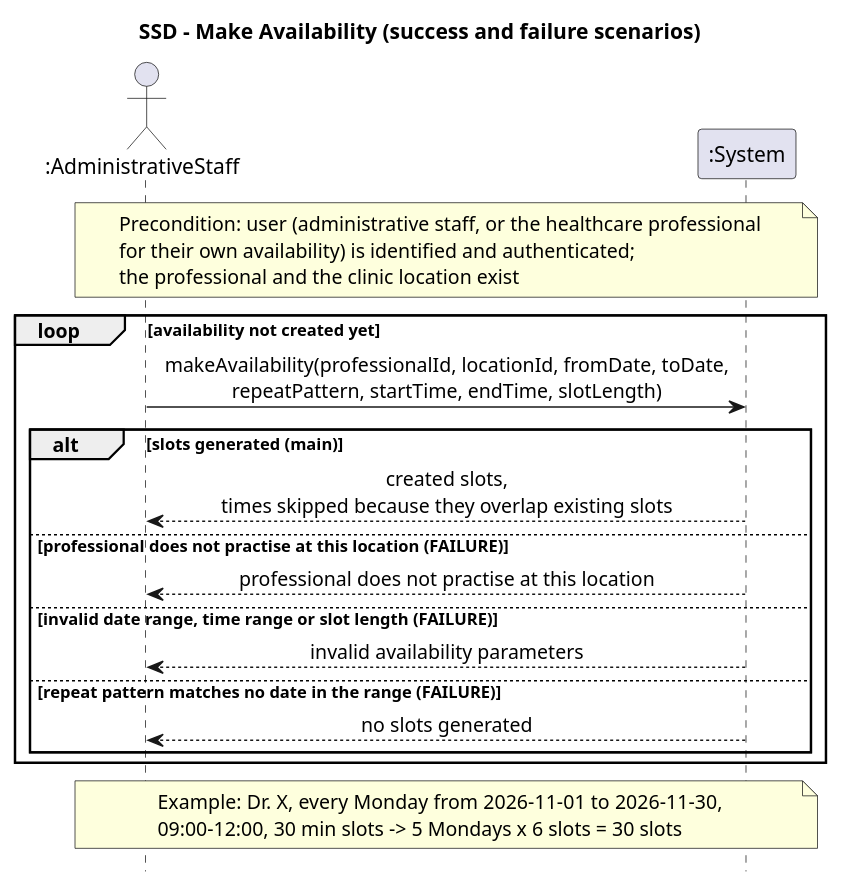
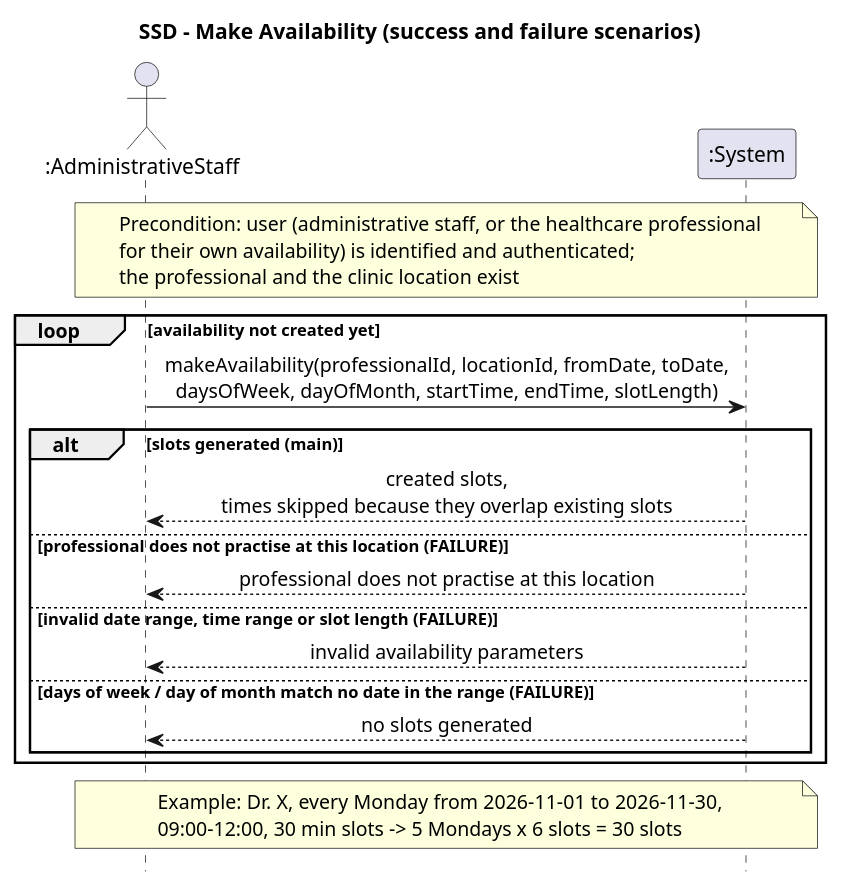
The diagram in docs/ssd/ssd5-make-availability.puml (rakib-akter/SOEN-342-Project), drawn with PlantUML before and after one commit. The commit also changed 1 other file, not shown here.

Commit message:
Align SSD5 with makeAvailability signature (daysOfWeek, dayOfMonth)
Replaced repeatPattern with daysOfWeek and dayOfMonth so SSD5 matches the class diagram, the interaction diagram and the code.

```diff
--- a/docs/ssd/ssd5-make-availability.puml
+++ b/docs/ssd/ssd5-make-availability.puml
@@ -1,26 +1,26 @@
 @startuml ssd5-make-availability
 title SSD - Make Availability (success and failure scenarios)
 hide footbox
 skinparam sequenceMessageAlign center
 
 actor ":AdministrativeStaff" as staff
 participant ":System" as sys
 
 note over staff, sys : Precondition: user (administrative staff, or the healthcare professional\nfor their own availability) is identified and authenticated;\nthe professional and the clinic location exist
 
 loop availability not created yet
-    staff -> sys : makeAvailability(professionalId, locationId, fromDate, toDate,\nrepeatPattern, startTime, endTime, slotLength)
+    staff -> sys : makeAvailability(professionalId, locationId, fromDate, toDate,\ndaysOfWeek, dayOfMonth, startTime, endTime, slotLength)
     alt slots generated (main)
         sys --> staff : created slots,\ntimes skipped because they overlap existing slots
     else professional does not practise at this location (FAILURE)
         sys --> staff : professional does not practise at this location
     else invalid date range, time range or slot length (FAILURE)
         sys --> staff : invalid availability parameters
-    else repeat pattern matches no date in the range (FAILURE)
+    else days of week / day of month match no date in the range (FAILURE)
         sys --> staff : no slots generated
     end
 end
 
 note over staff, sys : Example: Dr. X, every Monday from 2026-11-01 to 2026-11-30,\n09:00-12:00, 30 min slots -> 5 Mondays x 6 slots = 30 slots
 
 @enduml
```
